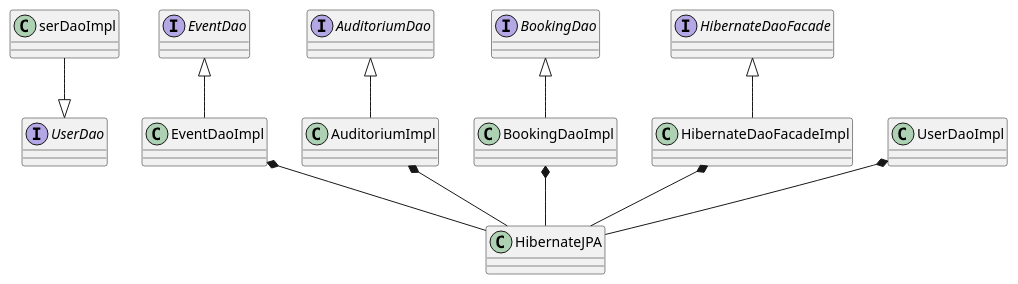
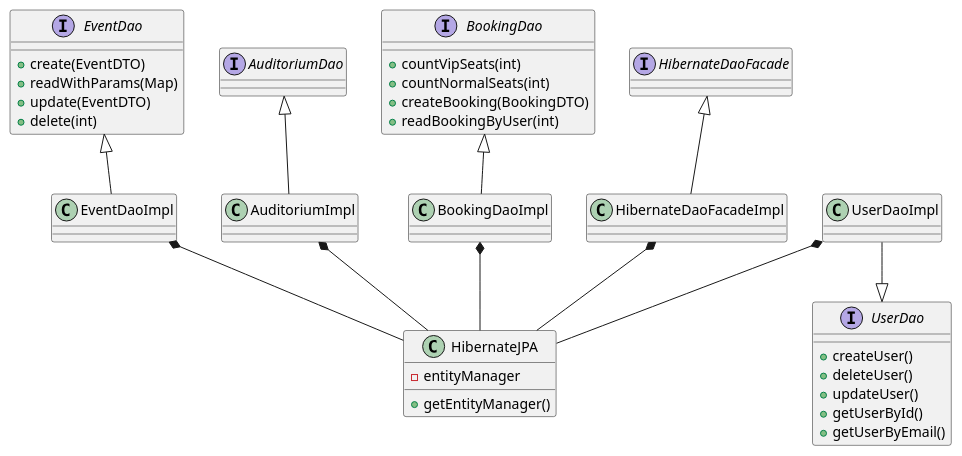
One commit to c4lolstat/myticketshop changed the diagram in src/main/resources/UML/DatabaseLayer.puml. Above: the diagram before and after it, drawn with PlantUML. The commit also changed 7 other files, not shown here.

```diff
--- a/src/main/resources/UML/DatabaseLayer.puml
+++ b/src/main/resources/UML/DatabaseLayer.puml
@@ -1,23 +1,45 @@
 @startuml
 
-Interface EventDao
+Interface EventDao {
+    +create(EventDTO)
+    +readWithParams(Map)
+    +update(EventDTO)
+    +delete(int)
+}
+
+Interface UserDao{
+    +createUser()
+    +deleteUser()
+    +updateUser()
+    +getUserById()
+    +getUserByEmail()
+}
+Interface BookingDao {
+    + countVipSeats(int)
+    +countNormalSeats(int)
+    +createBooking(BookingDTO)
+    +readBookingByUser(int)
+}
 Interface AuditoriumDao
 Interface HibernateDaoFacade
-Interface UserDao
-Interface BookingDao
+
+class HibernateJPA {
+    -entityManager
+    +getEntityManager()
+}
 
 
-
+UserDaoImpl--|>UserDao
 AuditoriumDao<|--AuditoriumImpl
 BookingDao<|--BookingDaoImpl
 EventDao<|--EventDaoImpl
 HibernateDaoFacade<|--HibernateDaoFacadeImpl
-UserDao<|--UserDaoImpl
+
 
 UserDaoImpl*--HibernateJPA
 AuditoriumImpl*--HibernateJPA
 BookingDaoImpl*--HibernateJPA
 EventDaoImpl*--HibernateJPA
 HibernateDaoFacadeImpl*--HibernateJPA
 
 @enduml
```
